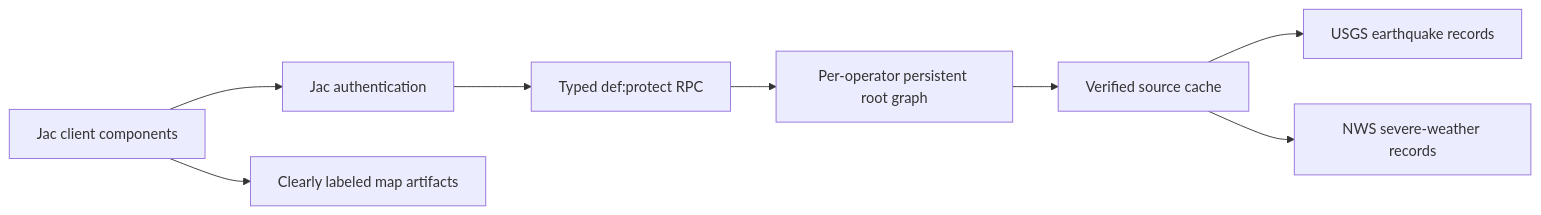
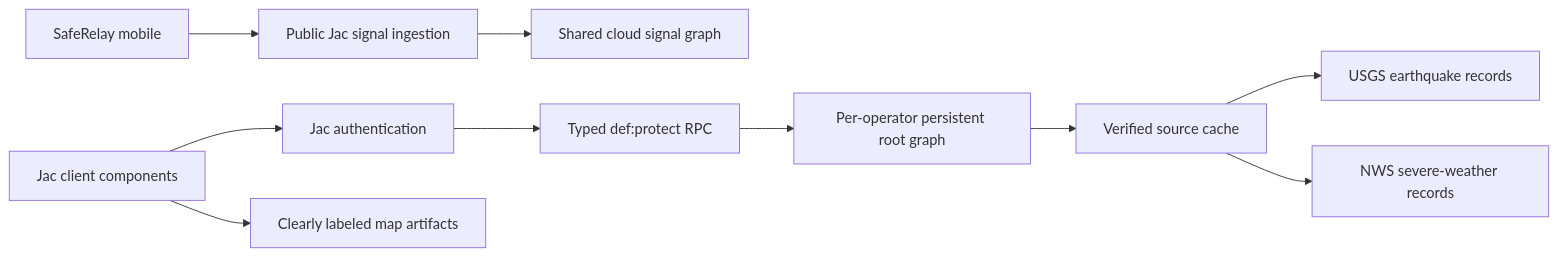
One commit to rishabhcli/SafeRelay-web changed the diagram in README.md. Above: the diagram before and after it, drawn with Mermaid. The commit also changed other lines of this file and 4 other files, not shown here.

````diff
--- a/README.md
+++ b/README.md
@@ -70,10 +74,12 @@
 ```mermaid
 flowchart LR
     UI["Jac client components"] --> AUTH["Jac authentication"]
+    MOBILE["SafeRelay mobile"] --> RELAY["Public Jac signal ingestion"]
+    RELAY --> SHARED["Shared cloud signal graph"]
     AUTH --> RPC["Typed def:protect RPC"]
     RPC --> ROOT["Per-operator persistent root graph"]
     ROOT --> CACHE["Verified source cache"]
     CACHE --> USGS["USGS earthquake records"]
     CACHE --> NWS["NWS severe-weather records"]
     UI --> MAP["Clearly labeled map artifacts"]
 ```
````
